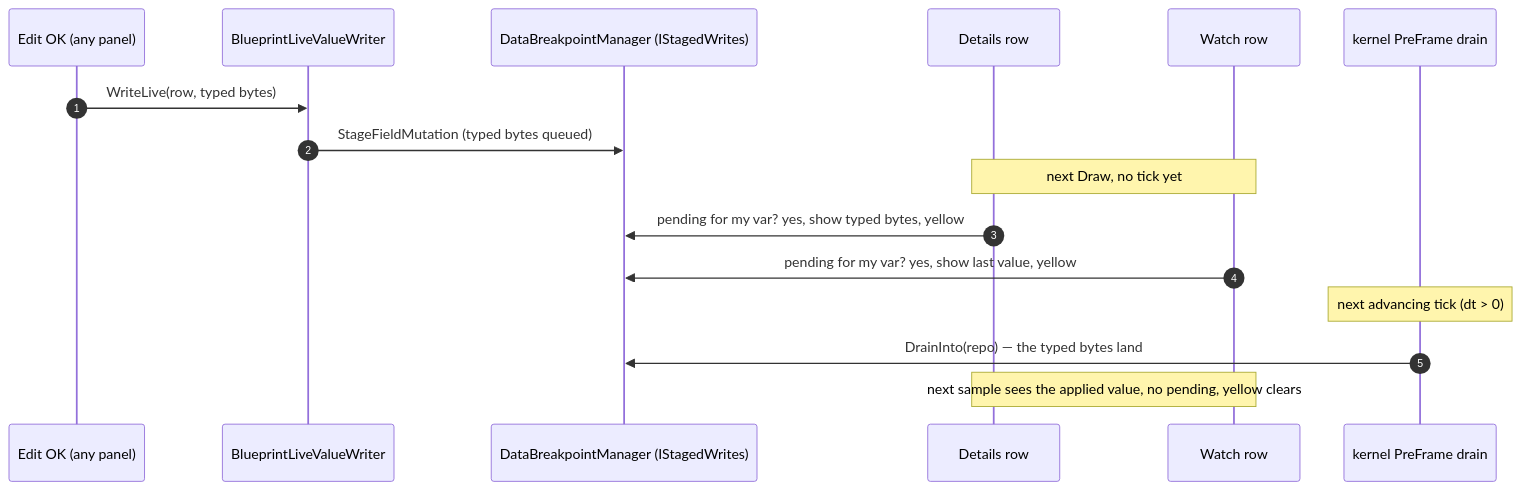
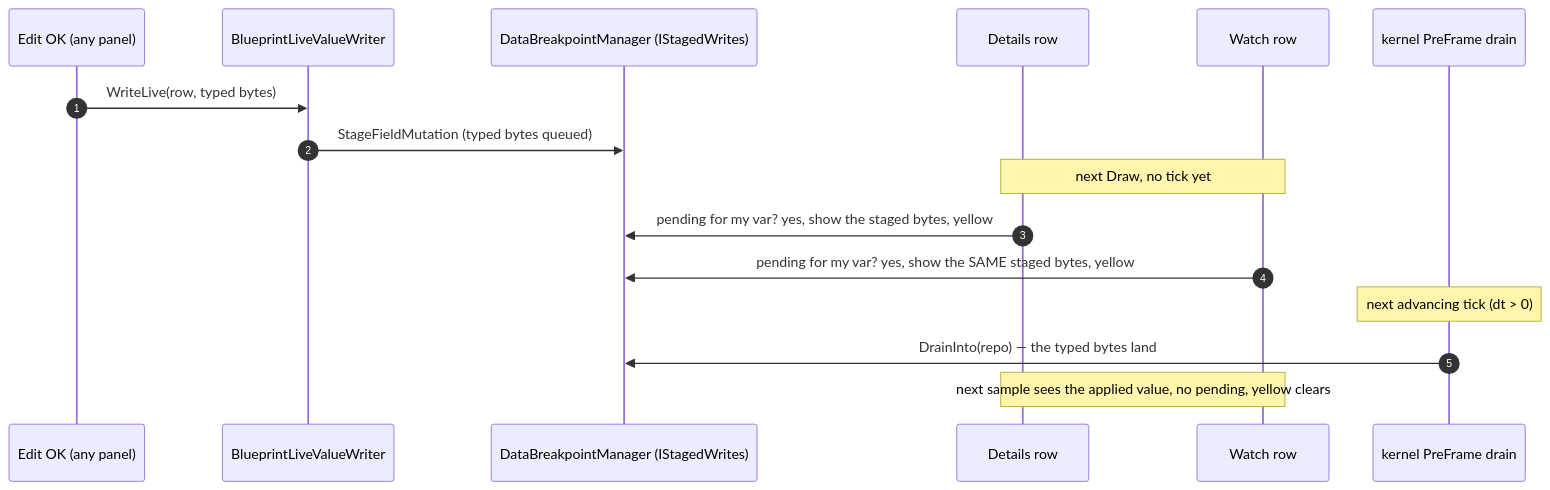
One commit to pjanec/HROT changed the second of 2 diagrams in docs/blueprints/DESIGN_Staged_Live_Write.md. Above: the diagram before and after it, drawn with Mermaid. The commit also changed other lines of this file, not shown here.

First line of the commit message:
design(staged-write): both surfaces show the SAME staged value in yellow

````diff
--- a/docs/blueprints/DESIGN_Staged_Live_Write.md
+++ b/docs/blueprints/DESIGN_Staged_Live_Write.md
@@ -94,19 +101,19 @@
 ```mermaid
 sequenceDiagram
     autonumber
     participant U as Edit OK (any panel)
     participant W as BlueprintLiveValueWriter
     participant M as DataBreakpointManager (IStagedWrites)
     participant D as Details row
     participant Wt as Watch row
     participant K as kernel PreFrame drain
 
     U->>W: WriteLive(row, typed bytes)
     W->>M: StageFieldMutation (typed bytes queued)
     Note over D,Wt: next Draw, no tick yet
-    D->>M: pending for my var? yes, show typed bytes, yellow
-    Wt->>M: pending for my var? yes, show last value, yellow
+    D->>M: pending for my var? yes, show the staged bytes, yellow
+    Wt->>M: pending for my var? yes, show the SAME staged bytes, yellow
     Note over K: next advancing tick (dt > 0)
     K->>M: DrainInto(repo) — the typed bytes land
     Note over D,Wt: next sample sees the applied value, no pending, yellow clears
 ```
````
